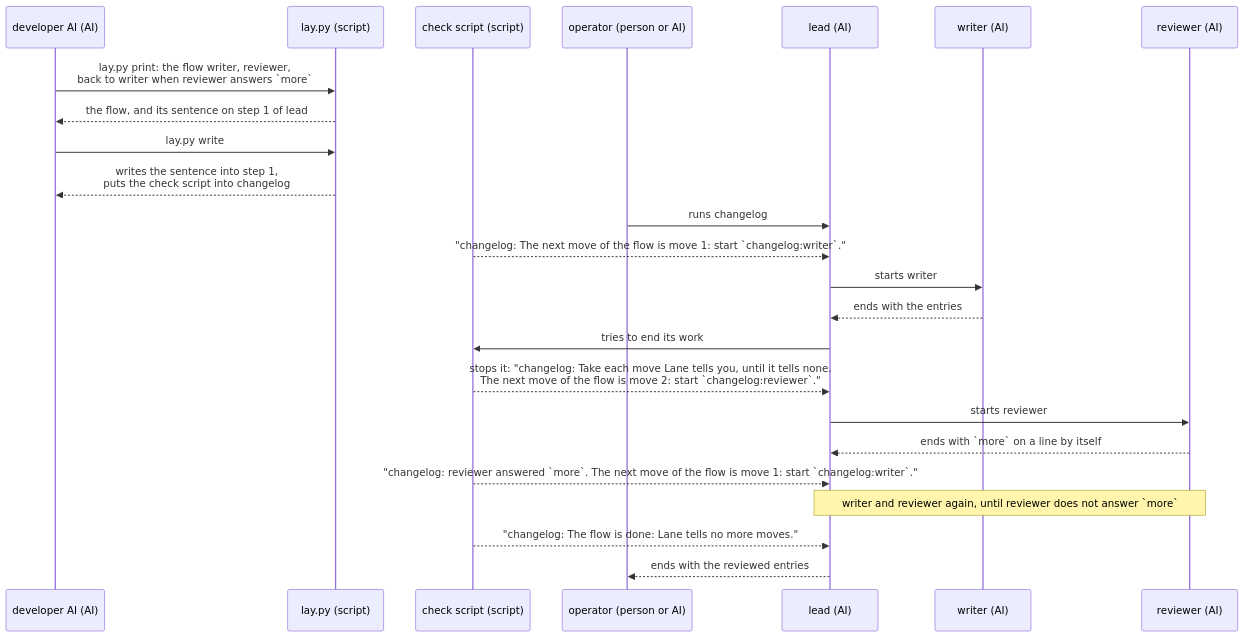
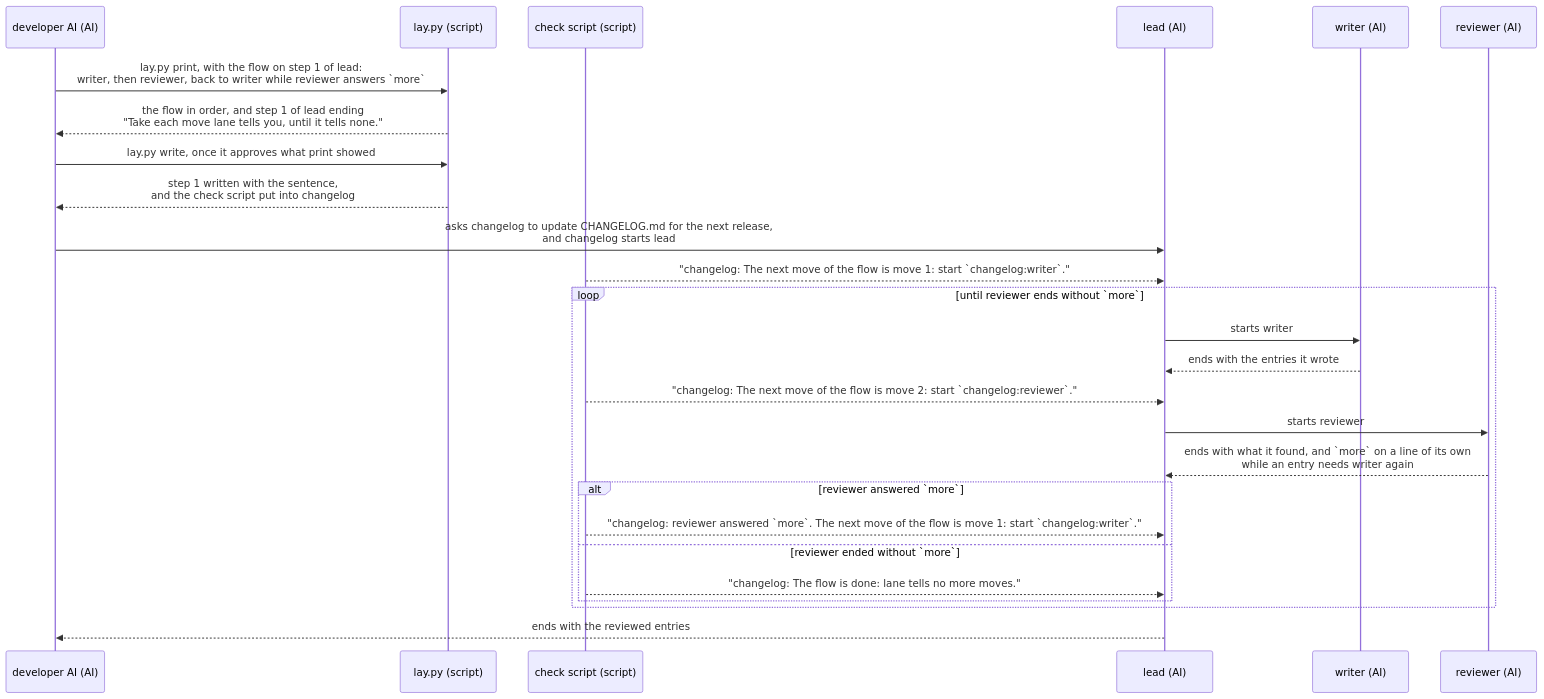
One commit to lovaizu/ccpm changed the second of 2 diagrams in dev/lane/ux.md. Above: the diagram before and after it, drawn with Mermaid. The commit also changed other lines of this file and 2 other files, not shown here.

First line of the commit message:
lane's UX made again by ux's best practice: no stop on either main path, as flow.md says lane tells each move without one; headings with the developer AI as subject; key results counted out of a whole, with their priorities; the messages as the code gives them

````diff
--- a/dev/lane/ux.md
+++ b/dev/lane/ux.md
@@ -63,26 +75,28 @@
 ```mermaid
 sequenceDiagram
   participant A as developer AI (AI)
   participant L as lay.py (script)
   participant K as check script (script)
-  participant U as operator (person or AI)
   participant O as lead (AI)
   participant W as writer (AI)
   participant R as reviewer (AI)
-  A->>L: lay.py print: the flow writer, reviewer,<br>back to writer when reviewer answers `more`
-  L-->>A: the flow, and its sentence on step 1 of lead
-  A->>L: lay.py write
-  L-->>A: writes the sentence into step 1,<br>puts the check script into changelog
-  U->>O: runs changelog
+  A->>L: lay.py print, with the flow on step 1 of lead:<br>writer, then reviewer, back to writer while reviewer answers `more`
+  L-->>A: the flow in order, and step 1 of lead ending<br>"Take each move lane tells you, until it tells none."
+  A->>L: lay.py write, once it approves what print showed
+  L-->>A: step 1 written with the sentence,<br>and the check script put into changelog
+  A->>O: asks changelog to update CHANGELOG.md for the next release,<br>and changelog starts lead
   K-->>O: "changelog: The next move of the flow is move 1: start `changelog:writer`."
-  O->>W: starts writer
-  W-->>O: ends with the entries
-  O->>K: tries to end its work
-  K-->>O: stops it: "changelog: Take each move Lane tells you, until it tells none.<br>The next move of the flow is move 2: start `changelog:reviewer`."
-  O->>R: starts reviewer
-  R-->>O: ends with `more` on a line by itself
-  K-->>O: "changelog: reviewer answered `more`. The next move of the flow is move 1: start `changelog:writer`."
-  Note over O,R: writer and reviewer again, until reviewer does not answer `more`
-  K-->>O: "changelog: The flow is done: Lane tells no more moves."
-  O-->>U: ends with the reviewed entries
+  loop until reviewer ends without `more`
+    O->>W: starts writer
+    W-->>O: ends with the entries it wrote
+    K-->>O: "changelog: The next move of the flow is move 2: start `changelog:reviewer`."
+    O->>R: starts reviewer
+    R-->>O: ends with what it found, and `more` on a line of its own<br>while an entry needs writer again
+    alt reviewer answered `more`
+      K-->>O: "changelog: reviewer answered `more`. The next move of the flow is move 1: start `changelog:writer`."
+    else reviewer ended without `more`
+      K-->>O: "changelog: The flow is done: lane tells no more moves."
+    end
+  end
+  O-->>A: ends with the reviewed entries
 ```
````
